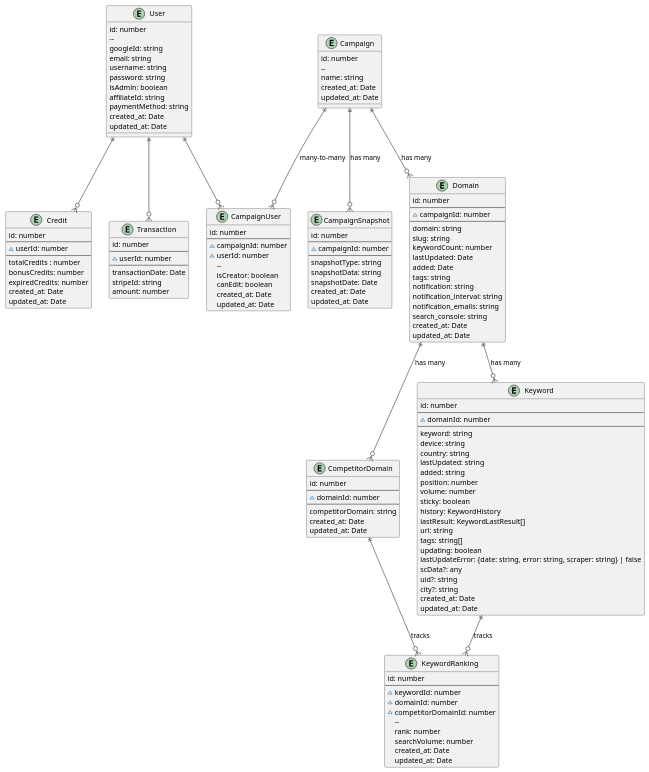
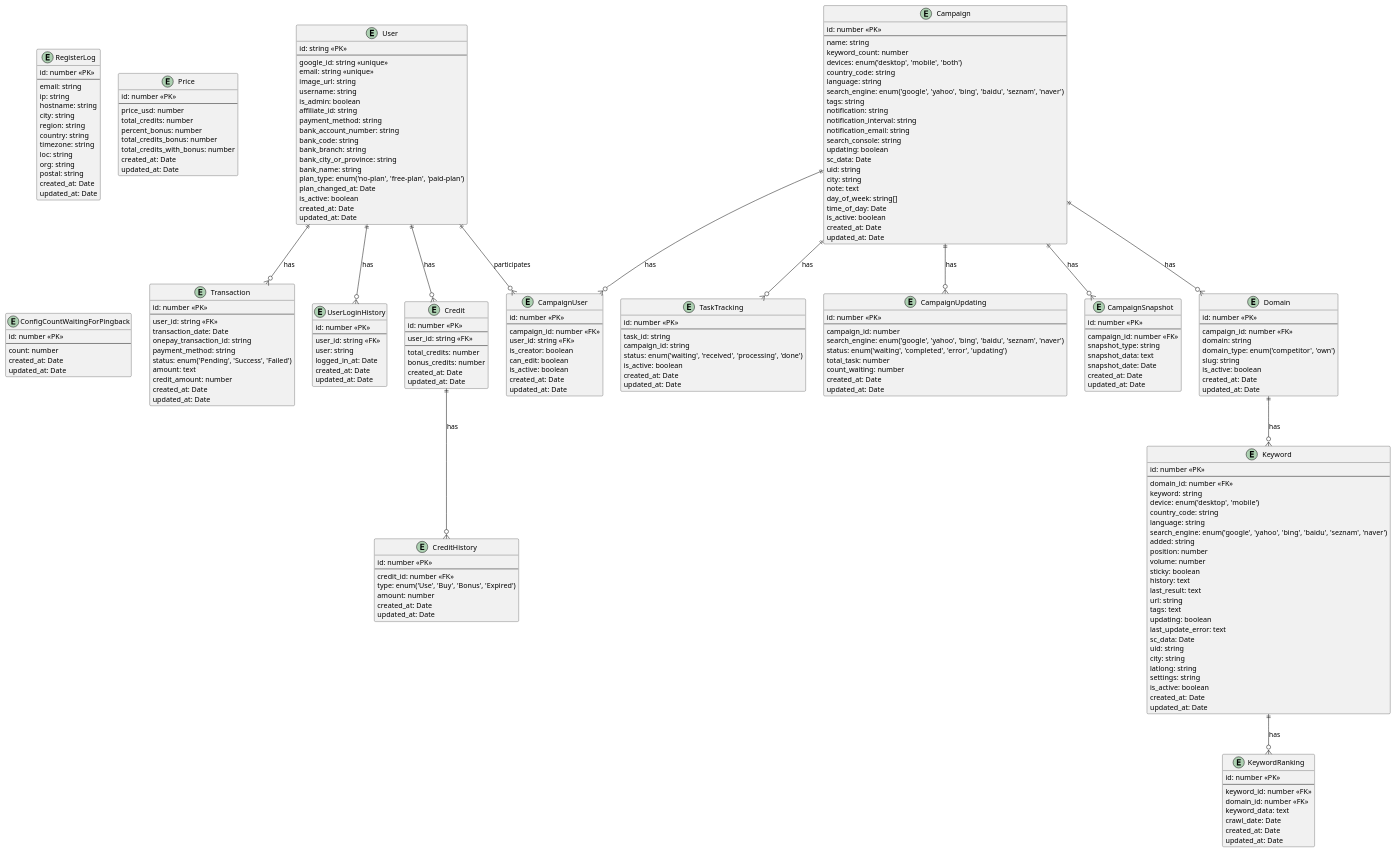
Before and after one commit to thanhhoang0794/SerpUpdate: the diagram in documents/ERD.puml, drawn with PlantUML. The commit also changed 2 other files, not shown here.

```diff
--- a/documents/ERD.puml
+++ b/documents/ERD.puml
@@ -1,170 +1,261 @@
-@startuml SERP_ERD
+@startuml Database_ERD
 
+' User Entity
 entity "User" as user {
-    id: number
-    -- 
-    googleId: string
-    email: string
+    id: string <<PK>>
+    --
+    google_id: string <<unique>>
+    email: string <<unique>>
+    image_url: string
     username: string
-    password: string
-    isAdmin: boolean
-    affiliateId: string
-    paymentMethod: string
+    is_admin: boolean
+    affiliate_id: string
+    payment_method: string
+    bank_account_number: string
+    bank_code: string
+    bank_branch: string
+    bank_city_or_province: string
+    bank_name: string
+    plan_type: enum('no-plan', 'free-plan', 'paid-plan')
+    plan_changed_at: Date
+    is_active: boolean
     created_at: Date
     updated_at: Date
 }
 
+' Credit Entity
 entity "Credit" as credit {
-    id: number
+    id: number <<PK>>
     --
-    ~userId: number
+    user_id: string <<FK>>
     --
-    totalCredits : number
-    bonusCredits: number
-    expiredCredits: number 
+    total_credits: number
+    bonus_credits: number
     created_at: Date
     updated_at: Date
 }
 
-entity "Campaign" as campaign {
-    id: number
-    -- 
-    name: string
+' CreditHistory Entity
+entity "CreditHistory" as creditHistory {
+    id: number <<PK>>
+    --
+    credit_id: number <<FK>>
+    type: enum('Use', 'Buy', 'Bonus', 'Expired')
+    amount: number
     created_at: Date
     updated_at: Date
 }
 
-entity "CampaignSnapshot" as campaignSnapshot {
-    id: number
+' Campaign Entity
+entity "Campaign" as campaign {
+    id: number <<PK>>
     --
-    ~campaignId: number
-    --
-    snapshotType: string
-    snapshotData: string
-    snapshotDate: Date
+    name: string
+    keyword_count: number
+    devices: enum('desktop', 'mobile', 'both')
+    country_code: string
+    language: string
+    search_engine: enum('google', 'yahoo', 'bing', 'baidu', 'seznam', 'naver')
+    tags: string
+    notification: string
+    notification_interval: string
+    notification_email: string
+    search_console: string
+    updating: boolean
+    sc_data: Date
+    uid: string
+    city: string
+    note: text
+    day_of_week: string[]
+    time_of_day: Date
+    is_active: boolean
     created_at: Date
     updated_at: Date
 }
 
-entity "CampaignUser" as campaignUser {
-    id: number
+' CampaignSnapshot Entity
+entity "CampaignSnapshot" as campaignSnapshot {
+    id: number <<PK>>
     --
-    ~campaignId: number
-    ~userId: number
-    -- 
-    isCreator: boolean
-    canEdit: boolean
+    campaign_id: number <<FK>>
+    snapshot_type: string
+    snapshot_data: text
+    snapshot_date: Date
     created_at: Date
     updated_at: Date
 }
 
-entity "Domain" as domain {
-    id: number
+' CampaignUser Entity
+entity "CampaignUser" as campaignUser {
+    id: number <<PK>>
     --
-    ~campaignId: number
-    --
-    domain: string
-    slug: string
-    keywordCount: number
-    lastUpdated: Date
-    added: Date
-    tags: string
-    notification: string
-    notification_interval: string
-    notification_emails: string
-    search_console: string
+    campaign_id: number <<FK>>
+    user_id: string <<FK>>
+    is_creator: boolean
+    can_edit: boolean
+    is_active: boolean
     created_at: Date
     updated_at: Date
 }
 
-entity "CompetitorDomain" as competitorDomain {
-    id: number
+' Domain Entity
+entity "Domain" as domain {
+    id: number <<PK>>
     --
-    ~domainId: number
-    --
-    competitorDomain: string
+    campaign_id: number <<FK>>
+    domain: string
+    domain_type: enum('competitor', 'own')
+    slug: string
+    is_active: boolean
     created_at: Date
     updated_at: Date
 }
 
+' Keyword Entity
 entity "Keyword" as keyword {
-    id: number
+    id: number <<PK>>
     --
-    ~domainId: number
-    --
+    domain_id: number <<FK>>
     keyword: string
-    device: string
-    country: string
-    lastUpdated: string
+    device: enum('desktop', 'mobile')
+    country_code: string
+    language: string
+    search_engine: enum('google', 'yahoo', 'bing', 'baidu', 'seznam', 'naver')
     added: string
     position: number
     volume: number
     sticky: boolean
-    history: KeywordHistory
-    lastResult: KeywordLastResult[]
+    history: text
+    last_result: text
     url: string
-    tags: string[]
+    tags: text
     updating: boolean
-    lastUpdateError: {date: string, error: string, scraper: string} | false
-    scData?: any
-    uid?: string
-    city?: string
+    last_update_error: text
+    sc_data: Date
+    uid: string
+    city: string
+    latlong: string
+    settings: string
+    is_active: boolean
     created_at: Date
     updated_at: Date
 }
 
-' Nested structures for Keyword entity (representing keyword history and results)
-' KeywordLastResult {
-'    position: number ' Ranking position in search
-'    url: string ' URL of the ranked page
-'    title: string ' Title of the ranked page
-' }
-
-' KeywordHistory {
-'    [date:string] : number ' Mapping of date to ranking position
-' }
-
+' KeywordRanking Entity
 entity "KeywordRanking" as keywordRanking {
-    id: number
+    id: number <<PK>>
     --
-    ~keywordId: number
-    ~domainId: number
-    ~competitorDomainId: number
-    -- 
-    rank: number
-    searchVolume: number
+    keyword_id: number <<FK>>
+    domain_id: number <<FK>>
+    keyword_data: text
+    crawl_date: Date
     created_at: Date
     updated_at: Date
 }
 
+' Transaction Entity
 entity "Transaction" as transaction {
-    id: number
+    id: number <<PK>>
     --
-    ~userId: number
-    --
-    transactionDate: Date
-    stripeId: string
-    amount: number
+    user_id: string <<FK>>
+    transaction_date: Date
+    onepay_transaction_id: string
+    payment_method: string
+    status: enum('Pending', 'Success', 'Failed')
+    amount: text
+    credit_amount: number
+    created_at: Date
+    updated_at: Date
 }
 
-' Relationships between entities
-campaign ||--o{ domain : "has many" 
-' A campaign can have many domains
-domain ||--o{ keyword : "has many" 
-' A domain can have many keywords
-keyword ||--o{ keywordRanking : "tracks" 
-' Each keyword has associated rankings
-domain ||--o{ competitorDomain : "has many" 
-' A domain can have many competitor domains
-competitorDomain ||--o{ keywordRanking : "tracks" 
-' Rankings are tracked for competitor domains too
-user ||--o{ credit 
-user ||--o{ transaction
-campaign ||--o{ campaignUser : "many-to-many" 
-' Many-to-many relationship between campaigns and users
-campaign ||--o{ campaignSnapshot : "has many" 
-' A campaign can have many snapshots
-user ||--o{ campaignUser 
-' Each user can participate in multiple campaigns
+' UserLoginHistory Entity
+entity "UserLoginHistory" as userLoginHistory {
+    id: number <<PK>>
+    --
+    user_id: string <<FK>>
+    user: string
+    logged_in_at: Date
+    created_at: Date
+    updated_at: Date
+}
+
+' RegisterLog Entity
+entity "RegisterLog" as registerLog {
+    id: number <<PK>>
+    --
+    email: string
+    ip: string
+    hostname: string
+    city: string
+    region: string
+    country: string
+    timezone: string
+    loc: string
+    org: string
+    postal: string
+    created_at: Date
+    updated_at: Date
+}
+
+' TaskTracking Entity
+entity "TaskTracking" as taskTracking {
+    id: number <<PK>>
+    --
+    task_id: string
+    campaign_id: string
+    status: enum('waiting', 'received', 'processing', 'done')
+    is_active: boolean
+    created_at: Date
+    updated_at: Date
+}
+
+' CampaignUpdating Entity
+entity "CampaignUpdating" as campaignUpdating {
+    id: number <<PK>>
+    --
+    campaign_id: number
+    search_engine: enum('google', 'yahoo', 'bing', 'baidu', 'seznam', 'naver')
+    status: enum('waiting', 'completed', 'error', 'updating')
+    total_task: number
+    count_waiting: number
+    created_at: Date
+    updated_at: Date
+}
+
+' Price Entity
+entity "Price" as price {
+    id: number <<PK>>
+    --
+    price_usd: number
+    total_credits: number
+    percent_bonus: number
+    total_credits_bonus: number
+    total_credits_with_bonus: number
+    created_at: Date
+    updated_at: Date
+}
+
+' ConfigCountWaitingForPingback Entity
+entity "ConfigCountWaitingForPingback" as configCount {
+    id: number <<PK>>
+    --
+    count: number
+    created_at: Date
+    updated_at: Date
+}
+
+' Relationships
+user ||--o{ credit : has
+credit ||--o{ creditHistory : has
+user ||--o{ transaction : has
+user ||--o{ campaignUser : participates
+user ||--o{ userLoginHistory : has
+campaign ||--o{ campaignUser : has
+campaign ||--o{ campaignSnapshot : has
+campaign ||--o{ domain : has
+campaign ||--o{ taskTracking : has
+campaign ||--o{ campaignUpdating : has
+domain ||--o{ keyword : has
+keyword ||--o{ keywordRanking : has
 
 @enduml
```
